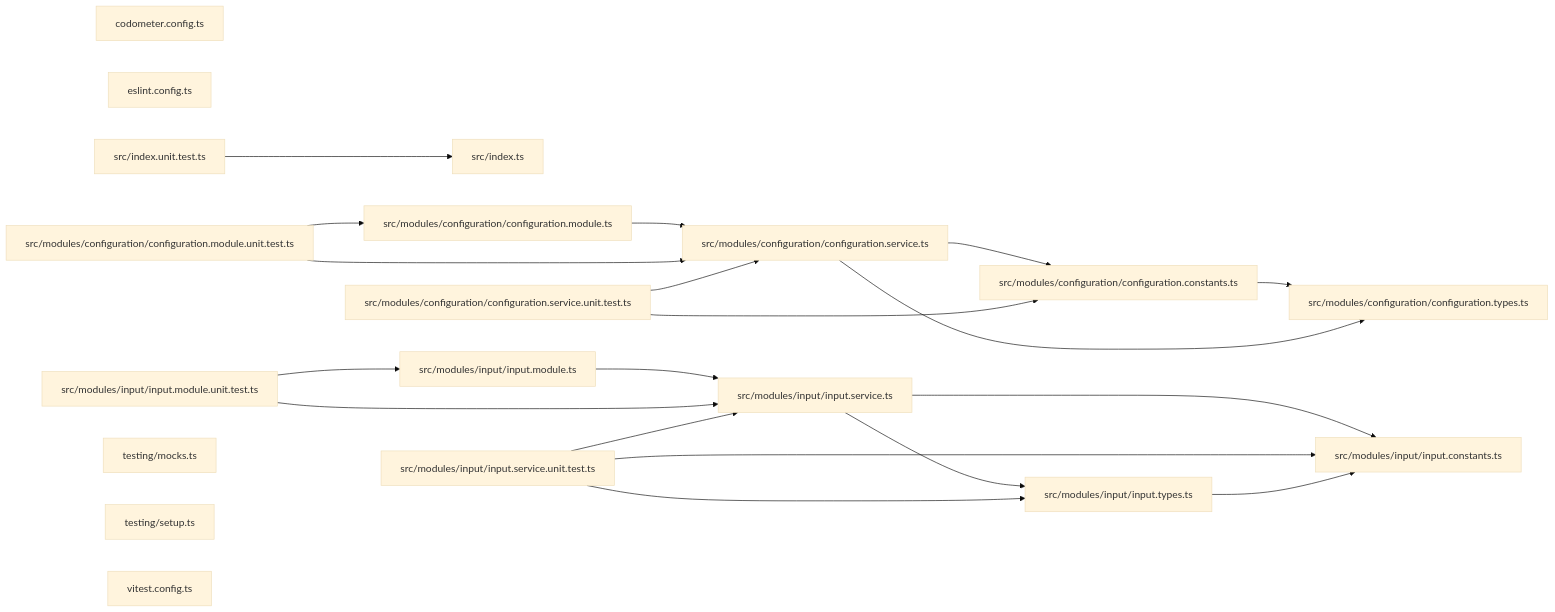
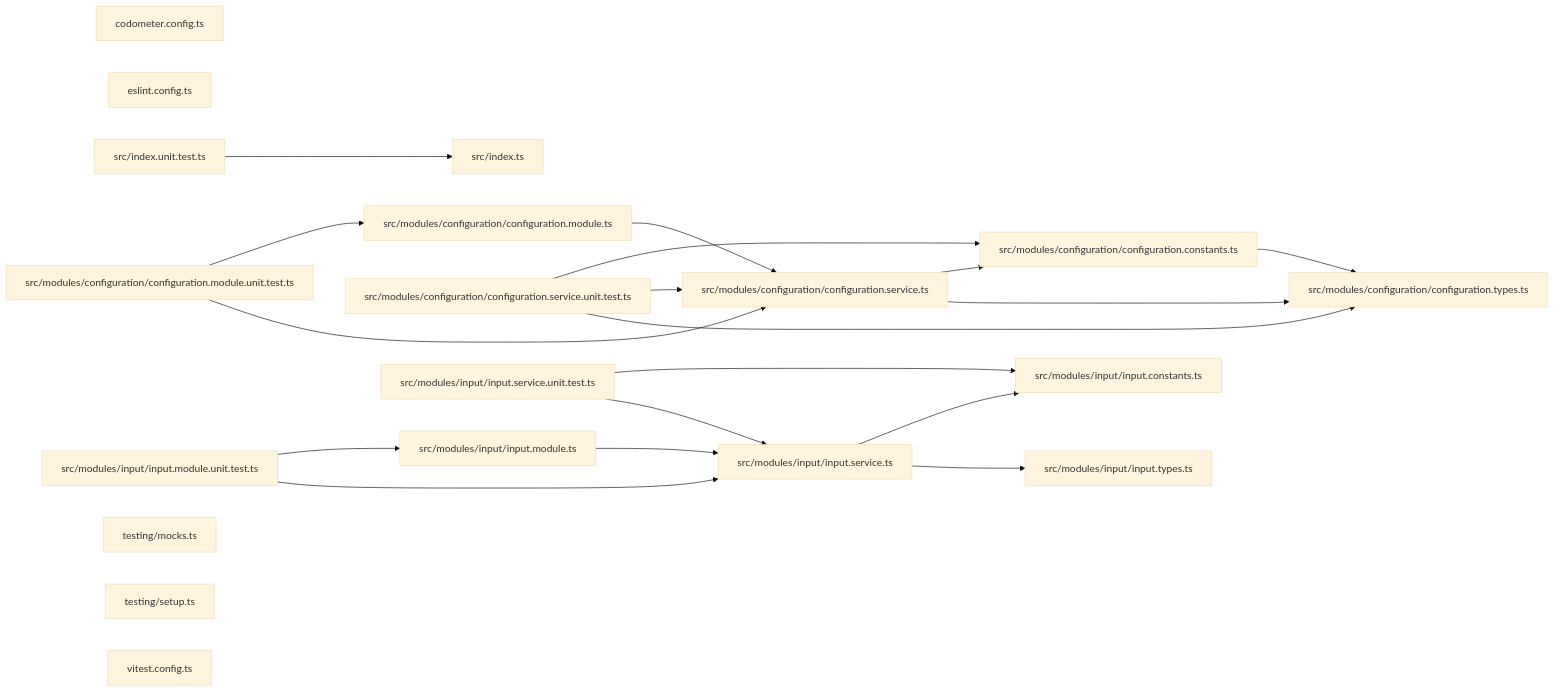
One commit to JimmyPaolini/codebase changed the third of 3 diagrams in packages/codependix-configuration/README.md. Above: the diagram before and after it, drawn with Mermaid (base theme). The commit also changed other lines of this file and 19 other files, not shown here.

````diff
--- a/packages/codependix-configuration/README.md
+++ b/packages/codependix-configuration/README.md
@@ -39,40 +41,39 @@
 ```mermaid
 graph LR
   file_codometer_config_ts["codometer.config.ts"]
   file_eslint_config_ts["eslint.config.ts"]
   file_src_index_ts["src/index.ts"]
   file_src_index_unit_test_ts["src/index.unit.test.ts"]
   file_src_modules_configuration_configuration_constants_ts["src/modules/configuration/configuration.constants.ts"]
   file_src_modules_configuration_configuration_module_ts["src/modules/configuration/configuration.module.ts"]
   file_src_modules_configuration_configuration_module_unit_test_ts["src/modules/configuration/configuration.module.unit.test.ts"]
   file_src_modules_configuration_configuration_service_ts["src/modules/configuration/configuration.service.ts"]
   file_src_modules_configuration_configuration_service_unit_test_ts["src/modules/configuration/configuration.service.unit.test.ts"]
   file_src_modules_configuration_configuration_types_ts["src/modules/configuration/configuration.types.ts"]
   file_src_modules_input_input_constants_ts["src/modules/input/input.constants.ts"]
   file_src_modules_input_input_module_ts["src/modules/input/input.module.ts"]
   file_src_modules_input_input_module_unit_test_ts["src/modules/input/input.module.unit.test.ts"]
   file_src_modules_input_input_service_ts["src/modules/input/input.service.ts"]
   file_src_modules_input_input_service_unit_test_ts["src/modules/input/input.service.unit.test.ts"]
   file_src_modules_input_input_types_ts["src/modules/input/input.types.ts"]
   file_testing_mocks_ts["testing/mocks.ts"]
   file_testing_setup_ts["testing/setup.ts"]
   file_vitest_config_ts["vitest.config.ts"]
   file_src_index_unit_test_ts --> file_src_index_ts
   file_src_modules_configuration_configuration_constants_ts --> file_src_modules_configuration_configuration_types_ts
   file_src_modules_configuration_configuration_module_ts --> file_src_modules_configuration_configuration_service_ts
   file_src_modules_configuration_configuration_module_unit_test_ts --> file_src_modules_configuration_configuration_module_ts
   file_src_modules_configuration_configuration_module_unit_test_ts --> file_src_modules_configuration_configuration_service_ts
   file_src_modules_configuration_configuration_service_ts --> file_src_modules_configuration_configuration_constants_ts
   file_src_modules_configuration_configuration_service_ts --> file_src_modules_configuration_configuration_types_ts
   file_src_modules_configuration_configuration_service_unit_test_ts --> file_src_modules_configuration_configuration_constants_ts
   file_src_modules_configuration_configuration_service_unit_test_ts --> file_src_modules_configuration_configuration_service_ts
+  file_src_modules_configuration_configuration_service_unit_test_ts --> file_src_modules_configuration_configuration_types_ts
   file_src_modules_input_input_module_ts --> file_src_modules_input_input_service_ts
   file_src_modules_input_input_module_unit_test_ts --> file_src_modules_input_input_module_ts
   file_src_modules_input_input_module_unit_test_ts --> file_src_modules_input_input_service_ts
   file_src_modules_input_input_service_ts --> file_src_modules_input_input_constants_ts
   file_src_modules_input_input_service_ts --> file_src_modules_input_input_types_ts
   file_src_modules_input_input_service_unit_test_ts --> file_src_modules_input_input_constants_ts
   file_src_modules_input_input_service_unit_test_ts --> file_src_modules_input_input_service_ts
-  file_src_modules_input_input_service_unit_test_ts --> file_src_modules_input_input_types_ts
-  file_src_modules_input_input_types_ts --> file_src_modules_input_input_constants_ts
 ```
````
